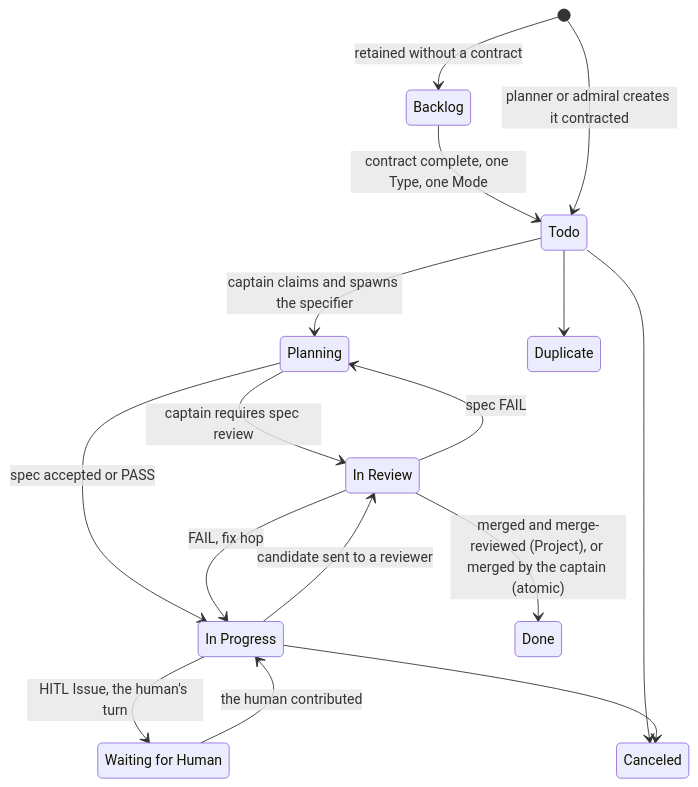
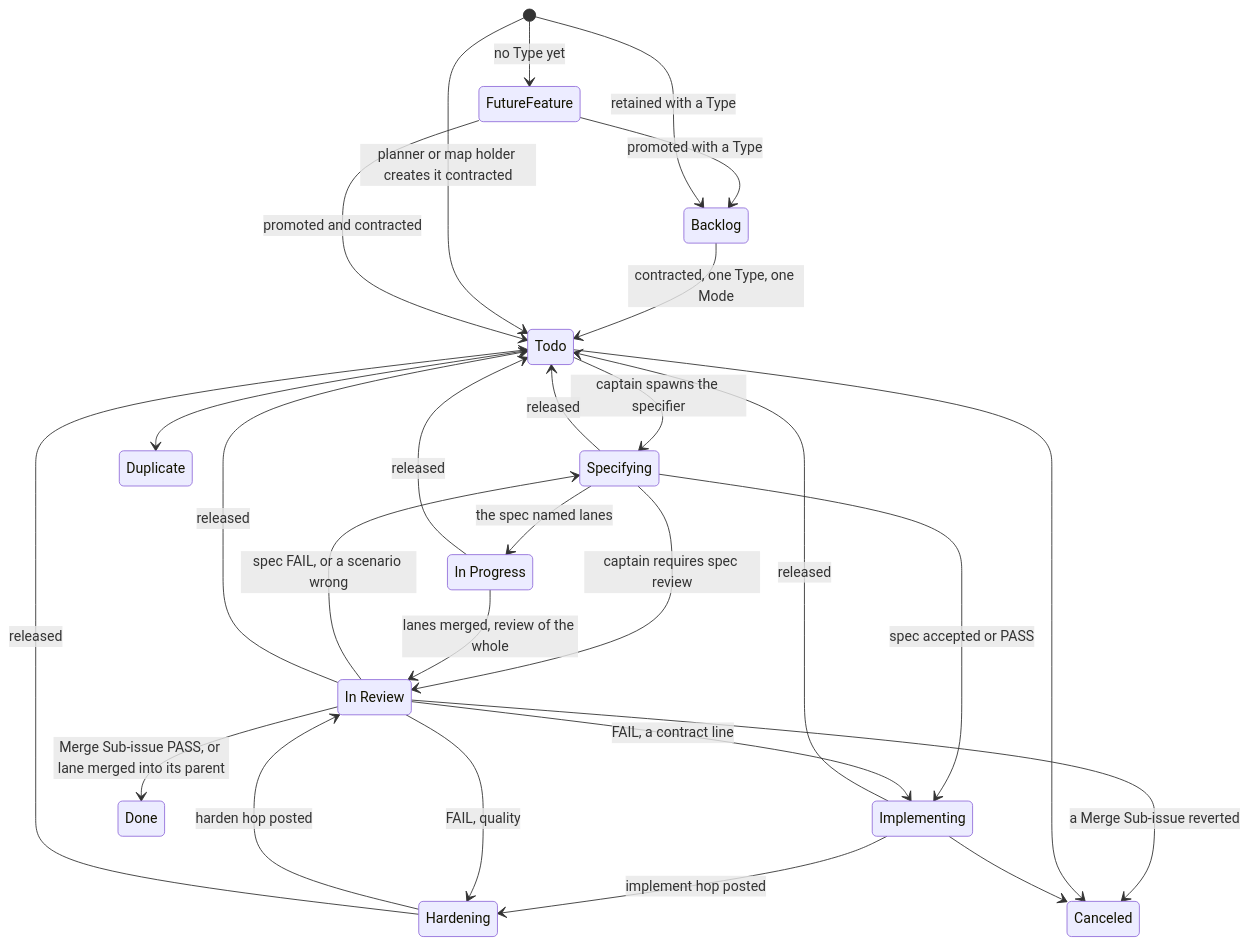
One commit to bodnarbalazs/dydo changed the fourth of 12 diagrams in dydo/understand/control-flow.md. Above: the diagram before and after it, drawn with Mermaid. The commit also changed other lines of this file and 9 other files, not shown here.

First line of the commit message:
docs: DR 047 supersymmetry, hop statuses, Merge Issues, the release protocol; standard and control-flow map rewritten to it

````diff
--- a/dydo/understand/control-flow.md
+++ b/dydo/understand/control-flow.md
@@ -127,24 +266,37 @@
 ```mermaid
 stateDiagram-v2
+  state "FutureFeature" as Future
   state "Todo" as Todo
-  state "Planning" as Planning
+  state "Specifying" as Specifying
+  state "Implementing" as Implementing
+  state "Hardening" as Hardening
+  state "In Review" as InReview
   state "In Progress" as InProgress
-  state "In Review" as InReview
-  state "Waiting for Human" as Waiting
   state "Done" as Done
-  [*] --> Backlog: retained without a contract
-  Backlog --> Todo: contract complete, one Type, one Mode
-  [*] --> Todo: planner or admiral creates it contracted
-  Todo --> Planning: captain claims and spawns the specifier
-  Planning --> InReview: captain requires spec review
-  InReview --> Planning: spec FAIL
-  Planning --> InProgress: spec accepted or PASS
-  InProgress --> InReview: candidate sent to a reviewer
-  InReview --> InProgress: FAIL, fix hop
-  InProgress --> Waiting: HITL Issue, the human's turn
-  Waiting --> InProgress: the human contributed
-  InReview --> Done: merged and merge-reviewed (Project), or merged by the captain (atomic)
+  [*] --> Future: no Type yet
+  Future --> Backlog: promoted with a Type
+  [*] --> Backlog: retained with a Type
+  Backlog --> Todo: contracted, one Type, one Mode
+  [*] --> Todo: planner or map holder creates it contracted
+  Todo --> Specifying: captain spawns the specifier
+  Specifying --> InReview: captain requires spec review
+  InReview --> Specifying: spec FAIL, or a scenario wrong
+  Specifying --> Implementing: spec accepted or PASS
+  Specifying --> InProgress: the spec named lanes
+  InProgress --> InReview: lanes merged, review of the whole
+  Implementing --> Hardening: implement hop posted
+  Hardening --> InReview: harden hop posted
+  InReview --> Implementing: FAIL, a contract line
+  InReview --> Hardening: FAIL, quality
+  InReview --> Done: Merge Sub-issue PASS, or lane merged into its parent
+  Specifying --> Todo: released
+  Implementing --> Todo: released
+  Hardening --> Todo: released
+  InReview --> Todo: released
+  InProgress --> Todo: released
+  Future --> Todo: promoted and contracted
+  InReview --> Canceled: a Merge Sub-issue reverted
   Todo --> Canceled
-  InProgress --> Canceled
+  Implementing --> Canceled
   Todo --> Duplicate
 ```
````
